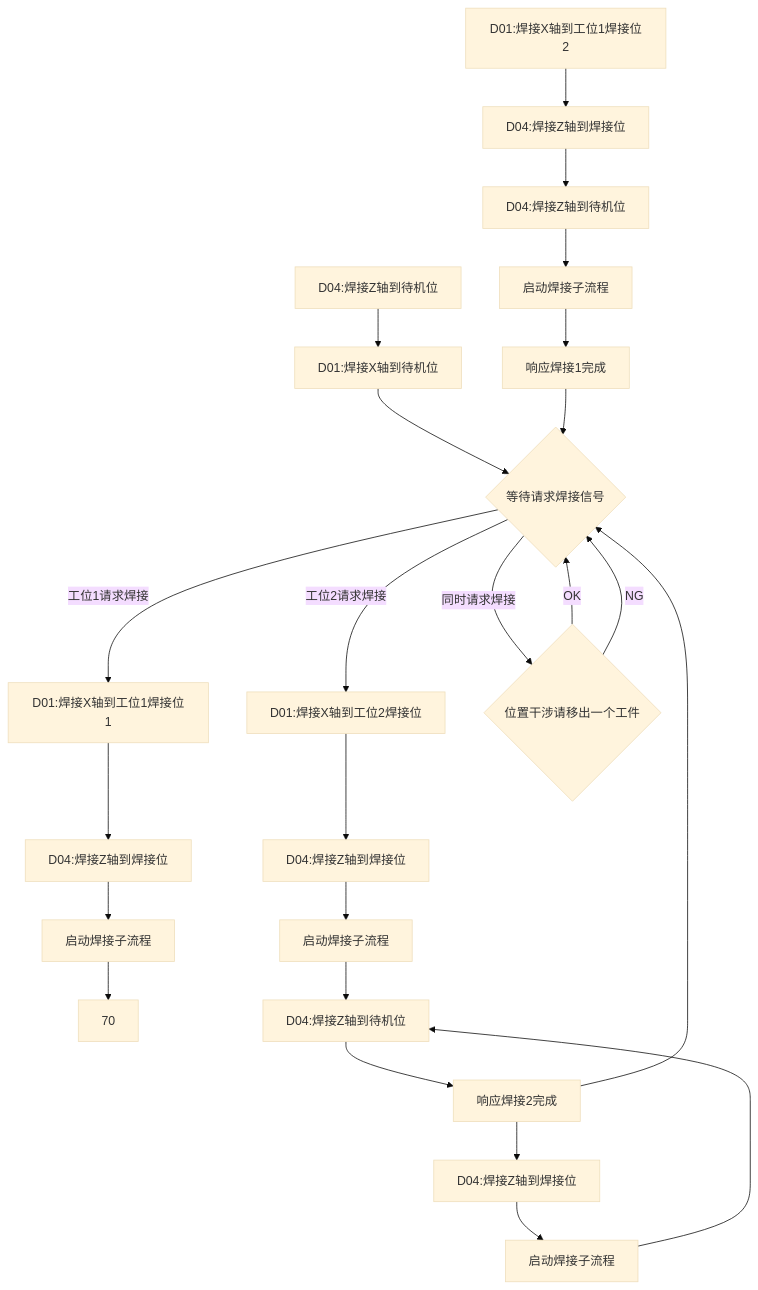
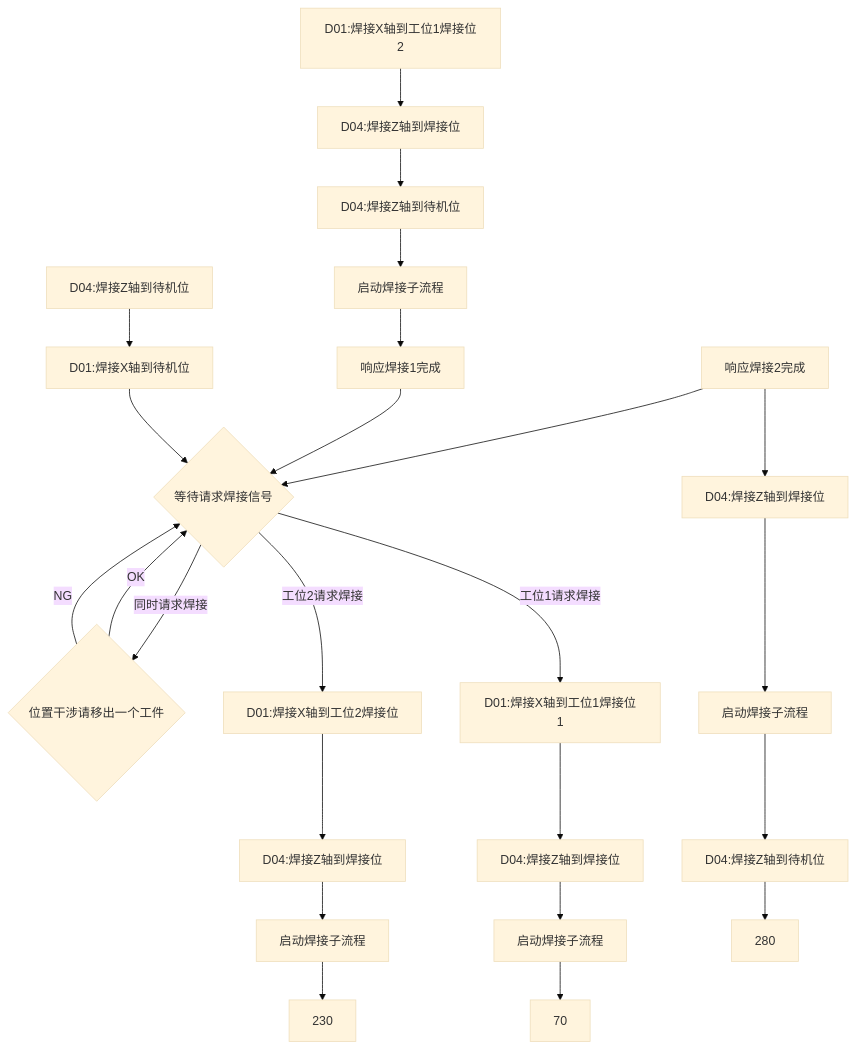
The diagram in all/OP20-1焊接工位自动流程.md (PengKun1/iodraw-files), drawn with Mermaid (base theme) before and after one commit.

Commit message:
2024-08-07 14:11:40 update

````diff
--- a/all/OP20-1焊接工位自动流程.md
+++ b/all/OP20-1焊接工位自动流程.md
@@ -1,26 +1,26 @@
 ```mermaid
 graph TD
 10[D04:焊接Z轴到待机位]-->20
 20[D01:焊接X轴到待机位]-->30
 30{等待请求焊接信号}-->|工位1请求焊接|40
 30-->|工位2请求焊接|200
 30-->|同时请求焊接|900
 40[D01:焊接X轴到工位1焊接位1]-->50
 50[D04:焊接Z轴到焊接位]-->60
 60[启动焊接子流程]-->70
 80[D01:焊接X轴到工位1焊接位2]-->90
 90[D04:焊接Z轴到焊接位]-->100
 100[D04:焊接Z轴到待机位]-->110
 110[启动焊接子流程]-->120
 120[响应焊接1完成]-->30
 200[D01:焊接X轴到工位2焊接位]-->210
 210[D04:焊接Z轴到焊接位]-->220
 220[启动焊接子流程]-->230
 240[D01:焊接X轴到工位2焊接位]-->250
 250[D04:焊接Z轴到焊接位]-->260
-260[启动焊接子流程]-->230
-230[D04:焊接Z轴到待机位]-->240
+260[启动焊接子流程]-->270
+270[D04:焊接Z轴到待机位]-->280
 240[响应焊接2完成]-->30
 900{位置干涉请移出一个工件}-->|OK|30
 900-->|NG|30
 ```
````
